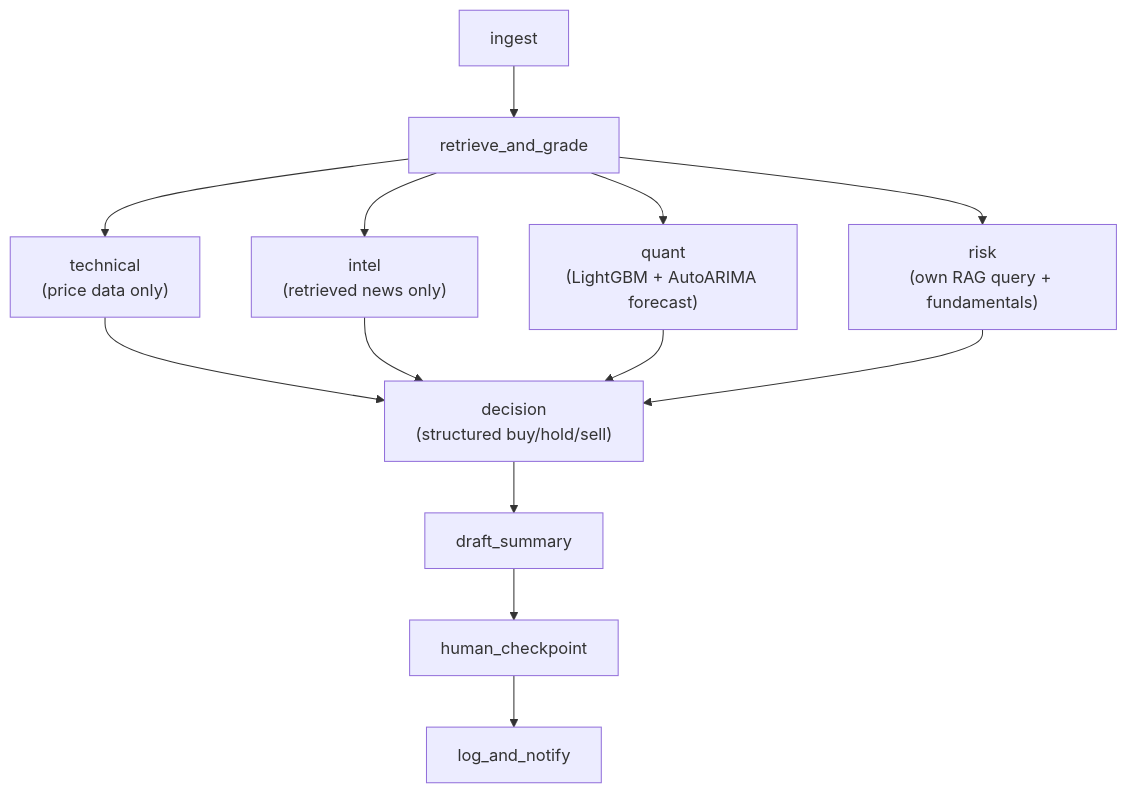
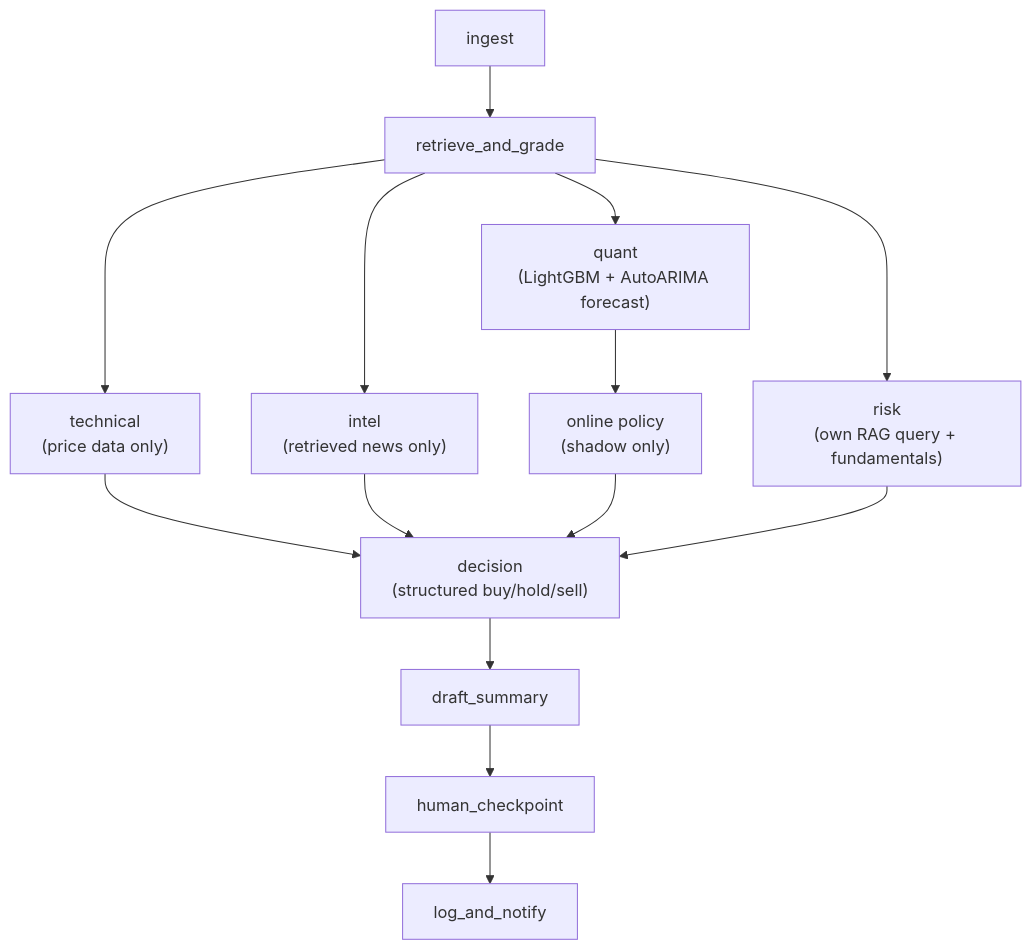
Before and after one commit to Rae-ymr/daily_stock_agent: the diagram in docs/multi_agent_architecture.md, drawn with Mermaid. The commit also changed other lines of this file and 12 other files, not shown here.

````diff
--- a/docs/multi_agent_architecture.md
+++ b/docs/multi_agent_architecture.md
@@ -10,15 +10,16 @@
 ```mermaid
 flowchart TD
     A[ingest] --> B[retrieve_and_grade]
     B --> T["technical\n(price data only)"]
     B --> I["intel\n(retrieved news only)"]
     B --> Q["quant\n(LightGBM + AutoARIMA forecast)"]
     B --> R["risk\n(own RAG query + fundamentals)"]
     T --> DEC["decision\n(structured buy/hold/sell)"]
     I --> DEC
-    Q --> DEC
+    Q --> P["online policy\n(shadow only)"]
+    P --> DEC
     R --> DEC
     DEC --> D[draft_summary]
     D --> E[human_checkpoint]
     E --> F[log_and_notify]
 ```
````
